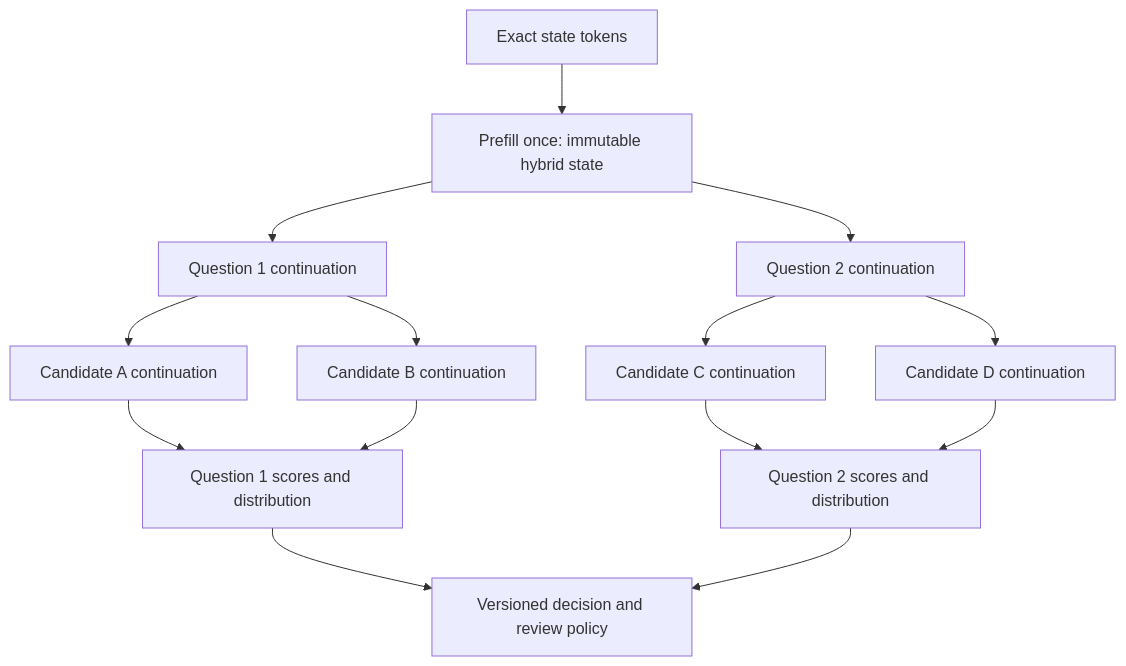
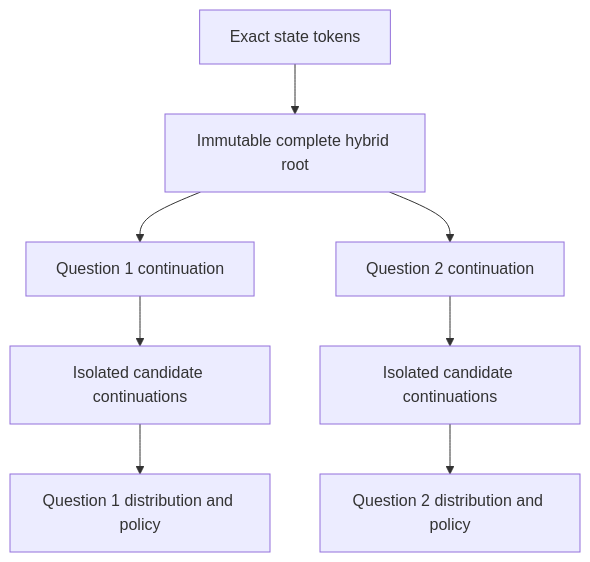
The diagram in docs/whitepaper/WORKING_PAPER.md (whit3rabbit/openkind), drawn with Mermaid before and after one commit. The commit also changed other lines of this file and 2633 other files, not shown here.

````diff
--- a/docs/whitepaper/WORKING_PAPER.md
+++ b/docs/whitepaper/WORKING_PAPER.md
@@ -27,16 +41,10 @@
 ```mermaid
 flowchart TD
-    S["Exact state tokens"] --> R["Prefill once: immutable hybrid state"]
+    S["Exact state tokens"] --> R["Immutable complete hybrid root"]
     R --> Q1["Question 1 continuation"]
     R --> Q2["Question 2 continuation"]
-    Q1 --> A["Candidate A continuation"]
-    Q1 --> B["Candidate B continuation"]
-    Q2 --> C["Candidate C continuation"]
-    Q2 --> D["Candidate D continuation"]
-    A --> P1["Question 1 scores and distribution"]
-    B --> P1
-    C --> P2["Question 2 scores and distribution"]
-    D --> P2
-    P1 --> O["Versioned decision and review policy"]
-    P2 --> O
+    Q1 --> C1["Isolated candidate continuations"]
+    Q2 --> C2["Isolated candidate continuations"]
+    C1 --> D1["Question 1 distribution and policy"]
+    C2 --> D2["Question 2 distribution and policy"]
 ```
````
